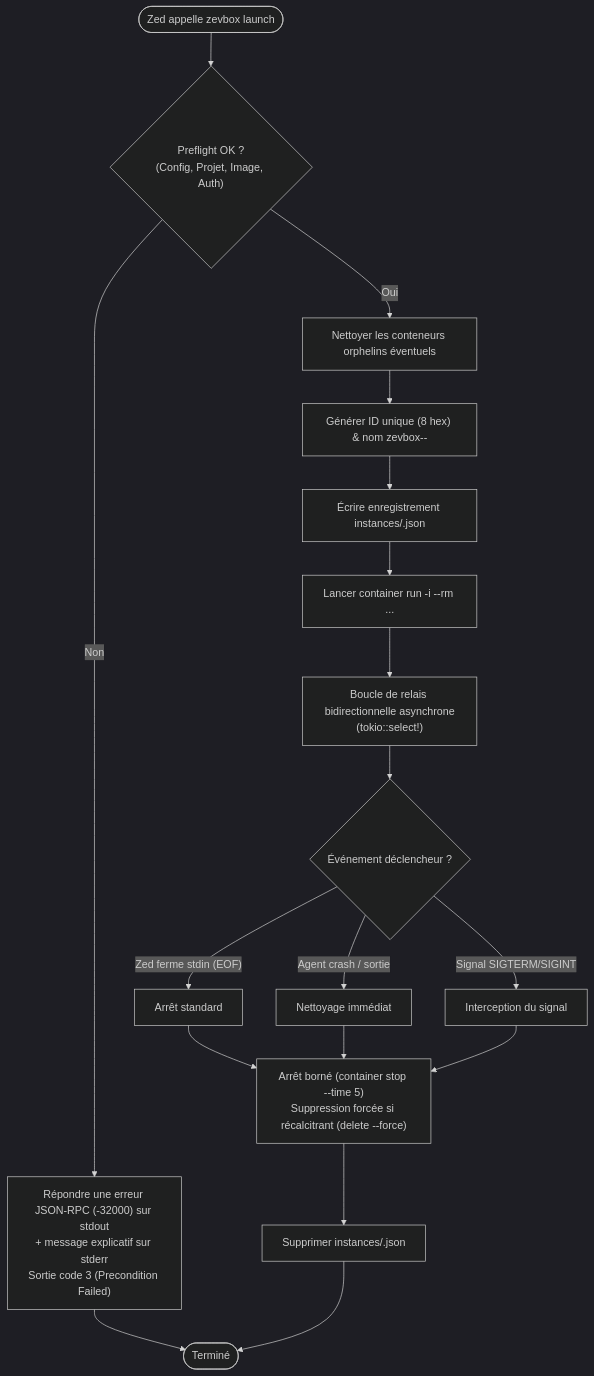
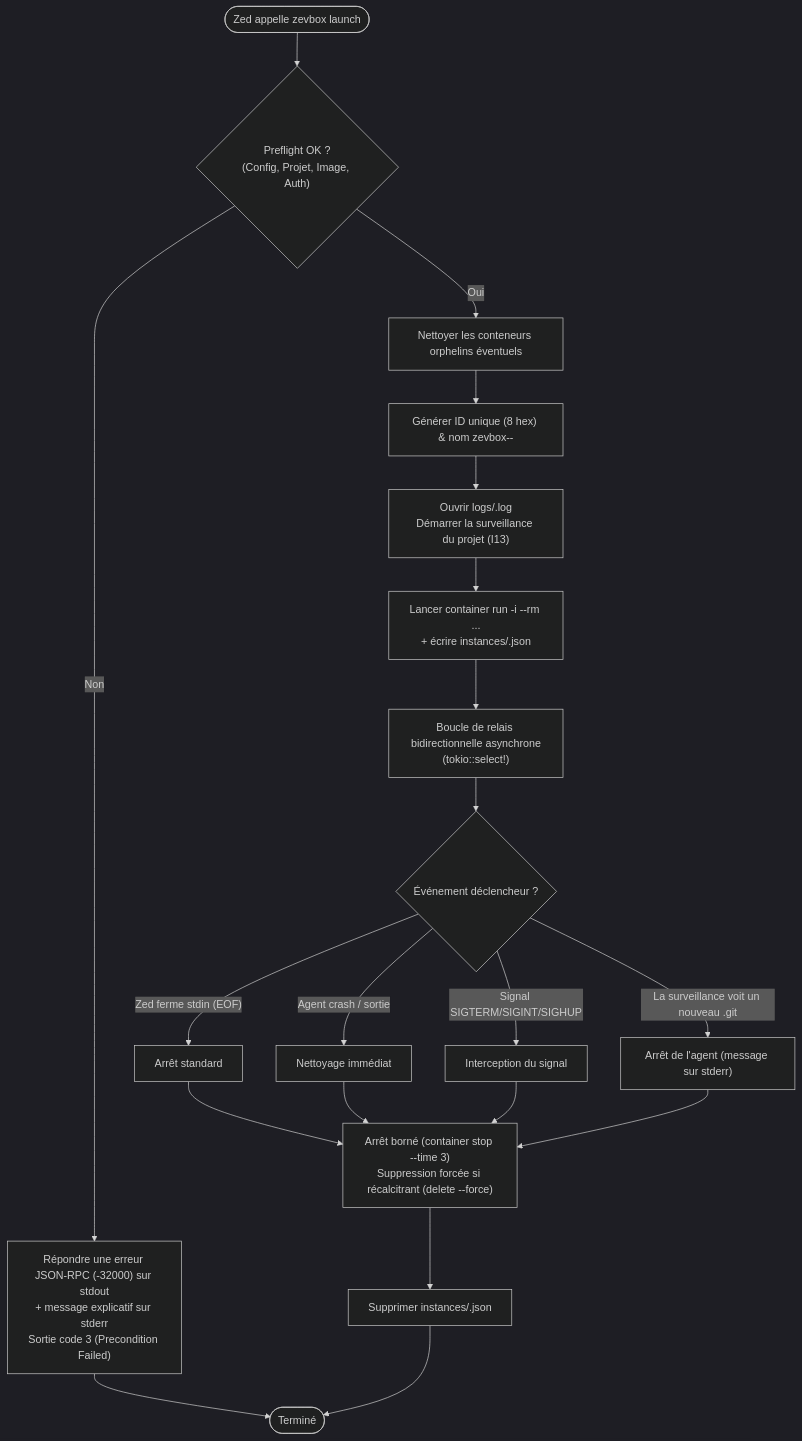
One commit to brainztorm/zevbox changed the fifth of 8 diagrams in docs/fr/ARCHITECTURE.md. Above: the diagram before and after it, drawn with Mermaid (dark theme). The commit also changed other lines of this file and 12 other files, not shown here.

````diff
--- a/docs/fr/ARCHITECTURE.md
+++ b/docs/fr/ARCHITECTURE.md
@@ -197,25 +201,27 @@
 ```mermaid
 flowchart TD
     Start(["Zed appelle zevbox launch"]) --> PreflightCheck{"Preflight OK ?\n(Config, Projet, Image, Auth)"}
     
     PreflightCheck -- "Non" --> ErrReply["Répondre une erreur JSON-RPC (-32000) sur stdout\n+ message explicatif sur stderr\nSortie code 3 (Precondition Failed)"]
     ErrReply --> EndExit(["Terminé"])
 
     PreflightCheck -- "Oui" --> CleanPre["Nettoyer les conteneurs orphelins éventuels"]
     CleanPre --> GenID["Générer ID unique (8 hex) & nom zevbox-<agent>-<id8>"]
-    GenID --> SaveRec["Écrire enregistrement instances/<id8>.json"]
-    SaveRec --> SpawnVM["Lancer container run -i --rm ..."]
+    GenID --> Guard["Ouvrir logs/<id8>.log\nDémarrer la surveillance du projet (I13)"]
+    Guard --> SpawnVM["Lancer container run -i --rm ...\n+ écrire instances/<id8>.json"]
     SpawnVM --> Loop["Boucle de relais bidirectionnelle asynchrone\n(tokio::select!)"]
 
     Loop --> EventCheck{"Événement déclencheur ?"}
     EventCheck -- "Zed ferme stdin (EOF)" --> StopNormal["Arrêt standard"]
     EventCheck -- "Agent crash / sortie" --> StopCrash["Nettoyage immédiat"]
-    EventCheck -- "Signal SIGTERM/SIGINT" --> StopSig["Interception du signal"]
+    EventCheck -- "La surveillance voit un nouveau .git" --> StopGuard["Arrêt de l'agent (message sur stderr)"]
+    EventCheck -- "Signal SIGTERM/SIGINT/SIGHUP" --> StopSig["Interception du signal"]
 
-    StopNormal --> ShutdownBound["Arrêt borné (container stop --time 5)\nSuppression forcée si récalcitrant (delete --force)"]
+    StopNormal --> ShutdownBound["Arrêt borné (container stop --time 3)\nSuppression forcée si récalcitrant (delete --force)"]
     StopCrash --> ShutdownBound
     StopSig --> ShutdownBound
+    StopGuard --> ShutdownBound
 
     ShutdownBound --> DelRec["Supprimer instances/<id8>.json"]
     DelRec --> EndExit
 ```
````
